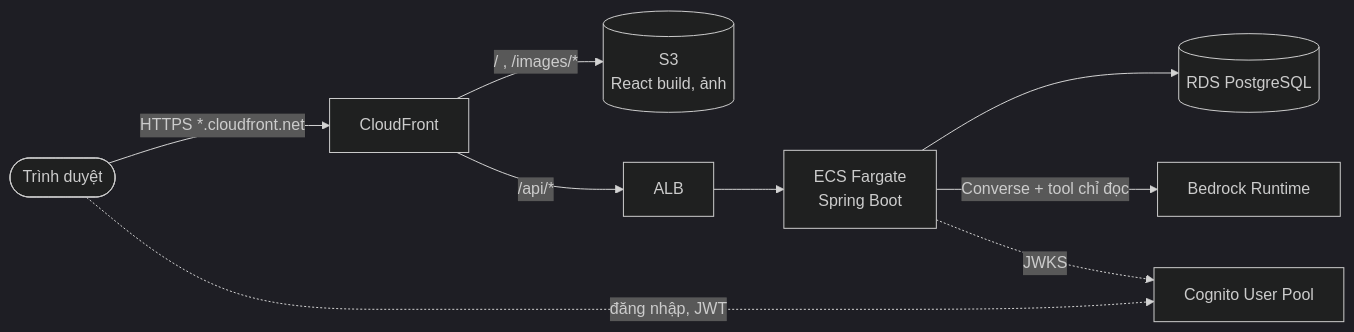
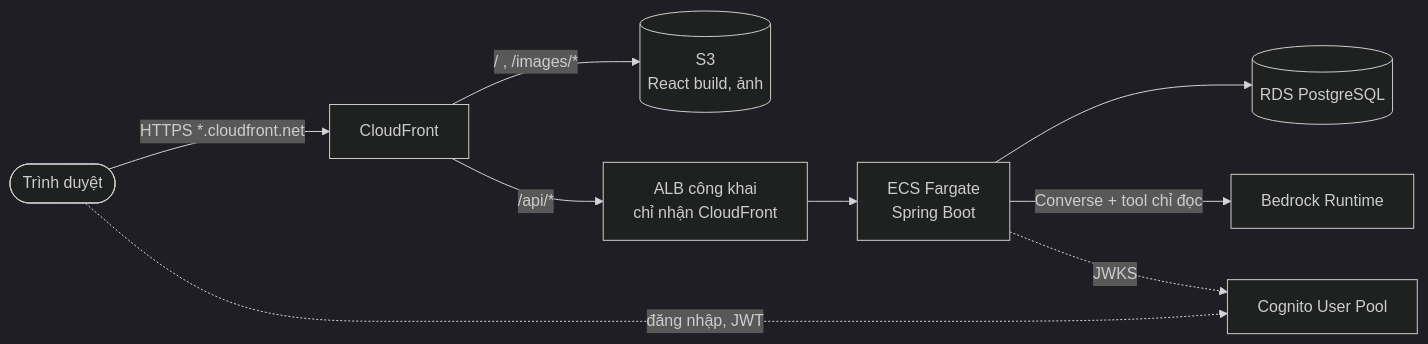
Before and after one commit to trungnguyen-VNTN/nutrition-ecommerce: the diagram in README.md, drawn with Mermaid (dark theme). The commit also changed other lines of this file and 1 other file, not shown here.

````diff
--- a/README.md
+++ b/README.md
@@ -55,11 +56,11 @@
 ```mermaid
 flowchart LR
   user([Trình duyệt]) -->|HTTPS *.cloudfront.net| cf[CloudFront]
   cf -->|/ , /images/*| s3[(S3<br/>React build, ảnh)]
-  cf -->|/api/*| alb[ALB]
+  cf -->|/api/*| alb[ALB công khai<br/>chỉ nhận CloudFront]
   alb --> ecs[ECS Fargate<br/>Spring Boot]
   ecs --> rds[(RDS PostgreSQL)]
   ecs -->|Converse + tool chỉ đọc| bedrock[Bedrock Runtime]
   ecs -.->|JWKS| cognito[Cognito User Pool]
   user -.->|đăng nhập, JWT| cognito
 ```
````
